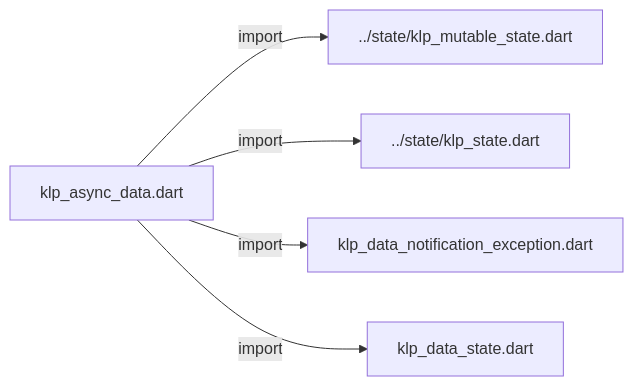
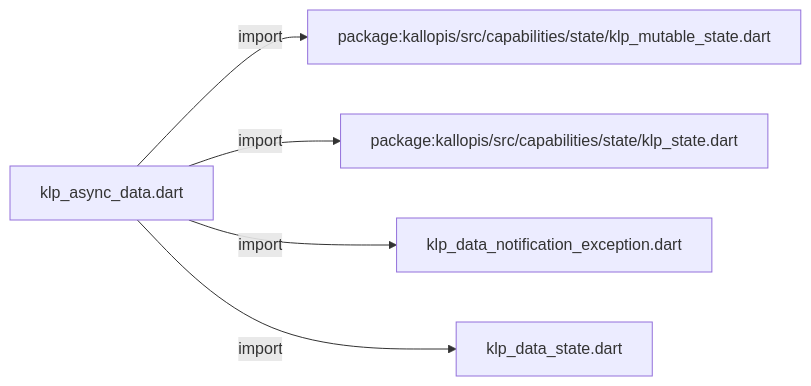
Before and after one commit to MiuDog/Kallopis: the first of 2 diagrams in docs/architecture/src/capabilities/data/klp_async_data.md, drawn with Mermaid. The commit also changed other lines of this file and 9688 other files, not shown here.

Commit message:
Prepare isolated Flow F2 peer baseline

````diff
--- a/docs/architecture/src/capabilities/data/klp_async_data.md
+++ b/docs/architecture/src/capabilities/data/klp_async_data.md
@@ -11,12 +11,12 @@
 ```mermaid
 flowchart LR
 	n0["klp_async_data.dart"]
-	n1["../state/klp_mutable_state.dart"]
-	n2["../state/klp_state.dart"]
+	n1["package:kallopis/src/capabilities/state/klp_mutable_state.dart"]
+	n2["package:kallopis/src/capabilities/state/klp_state.dart"]
 	n3["klp_data_notification_exception.dart"]
 	n4["klp_data_state.dart"]
 	n0 -->|"import"| n1
 	n0 -->|"import"| n2
 	n0 -->|"import"| n3
 	n0 -->|"import"| n4
 ```
````
